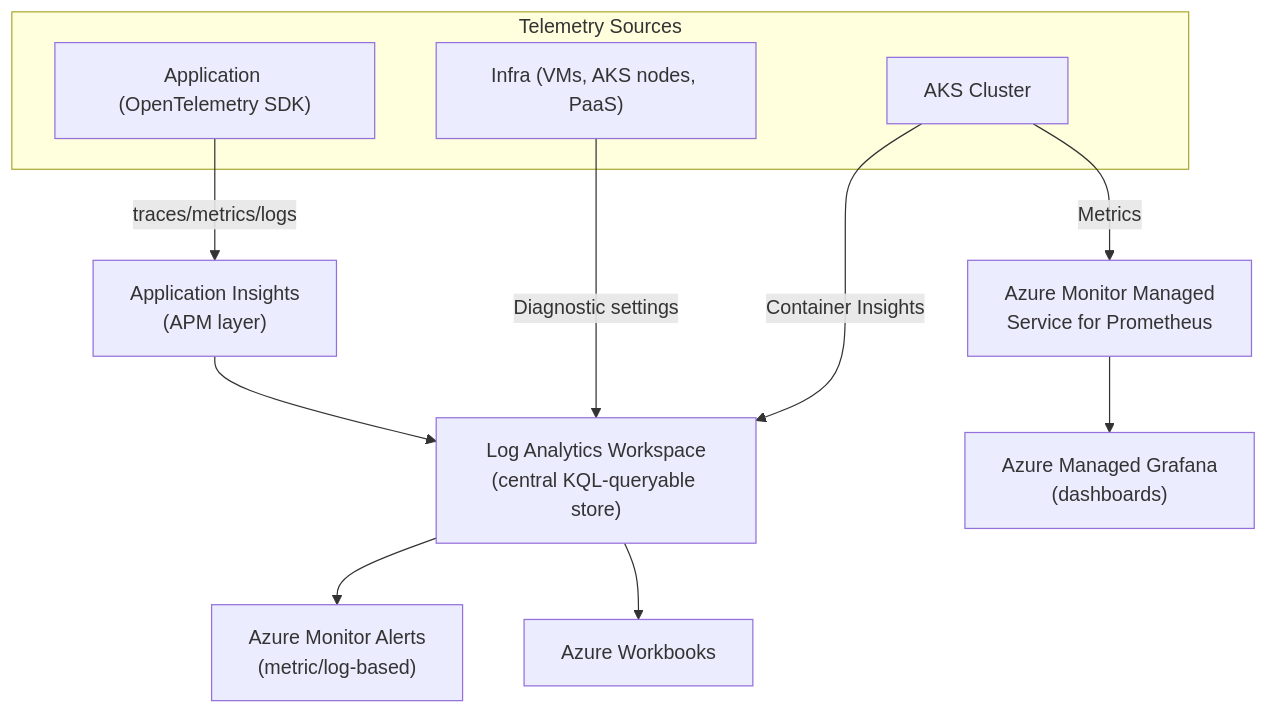
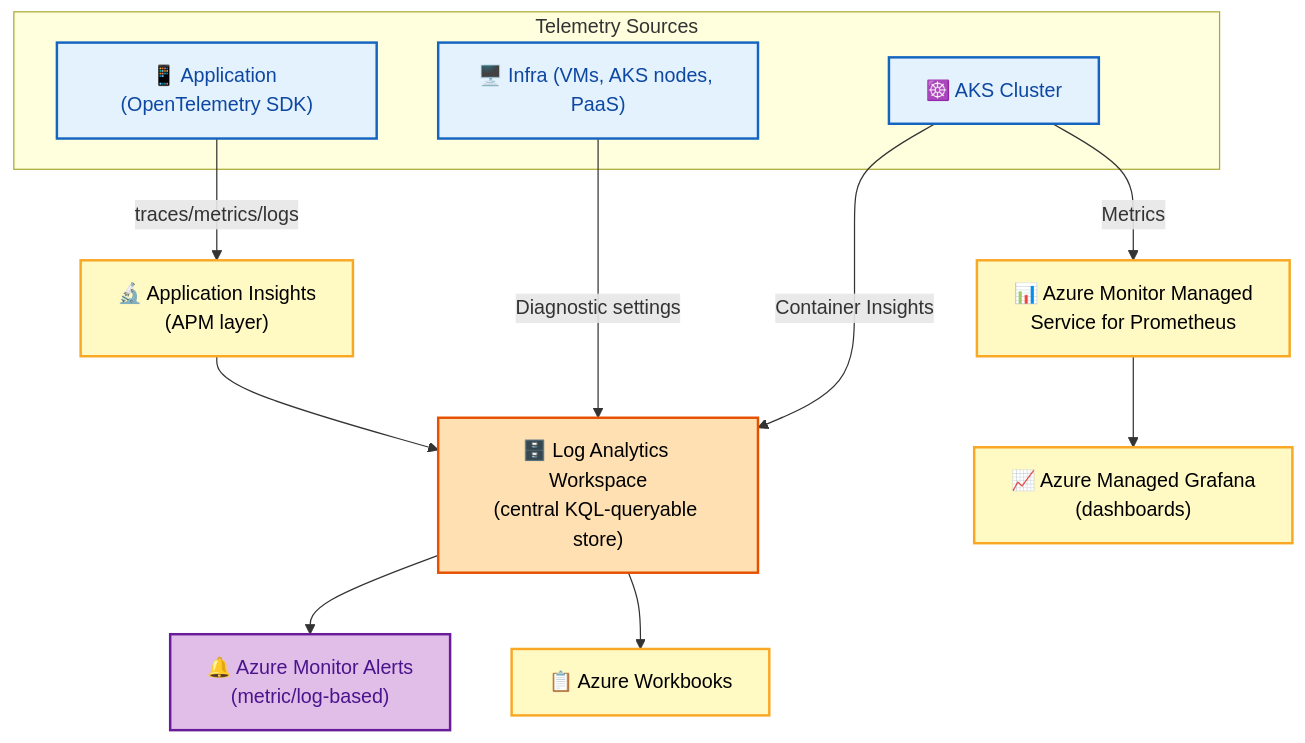
Before and after one commit to rakesh-budde/devops-guide: the fourth of 5 diagrams in azure/09-OBSERVABILITY-SECURITY.md, drawn with Mermaid. The commit also changed other lines of this file and 73 other files, not shown here.

````diff
--- a/azure/09-OBSERVABILITY-SECURITY.md
+++ b/azure/09-OBSERVABILITY-SECURITY.md
@@ -9,16 +110,24 @@
 ```mermaid
 graph TB
     subgraph Sources["Telemetry Sources"]
-        App["Application (OpenTelemetry SDK)"]
-        Infra["Infra (VMs, AKS nodes, PaaS)"]
-        AKSCluster["AKS Cluster"]
+        App["📱 Application (OpenTelemetry SDK)"]
+        Infra["🖥️ Infra (VMs, AKS nodes, PaaS)"]
+        AKSCluster["☸️ AKS Cluster"]
     end
-    App -->|traces/metrics/logs| AppInsights["Application Insights<br/>(APM layer)"]
-    Infra -->|Diagnostic settings| LogAnalytics["Log Analytics Workspace<br/>(central KQL-queryable store)"]
+    App -->|traces/metrics/logs| AppInsights["🔬 Application Insights<br/>(APM layer)"]
+    Infra -->|Diagnostic settings| LogAnalytics["🗄️ Log Analytics Workspace<br/>(central KQL-queryable store)"]
     AKSCluster -->|Container Insights| LogAnalytics
-    AKSCluster -->|Metrics| ManagedPrometheus["Azure Monitor Managed<br/>Service for Prometheus"]
+    AKSCluster -->|Metrics| ManagedPrometheus["📊 Azure Monitor Managed<br/>Service for Prometheus"]
     AppInsights --> LogAnalytics
-    LogAnalytics --> Alerts["Azure Monitor Alerts<br/>(metric/log-based)"]
-    ManagedPrometheus --> ManagedGrafana["Azure Managed Grafana<br/>(dashboards)"]
-    LogAnalytics --> Workbooks["Azure Workbooks"]
+    LogAnalytics --> Alerts["🔔 Azure Monitor Alerts<br/>(metric/log-based)"]
+    ManagedPrometheus --> ManagedGrafana["📈 Azure Managed Grafana<br/>(dashboards)"]
+    LogAnalytics --> Workbooks["📋 Azure Workbooks"]
+    classDef start fill:#e3f2fd,stroke:#1565c0,color:#0d47a1,stroke-width:2px;
+    classDef proc fill:#fff9c4,stroke:#f9a825,color:#000,stroke-width:2px;
+    classDef ctrl fill:#e1bee7,stroke:#6a1b9a,color:#4a148c,stroke-width:2px;
+    classDef store fill:#ffe0b2,stroke:#e65100,color:#000,stroke-width:2px;
+    class App,Infra,AKSCluster start;
+    class AppInsights,ManagedPrometheus,ManagedGrafana,Workbooks proc;
+    class Alerts ctrl;
+    class LogAnalytics store;
 ```
````
